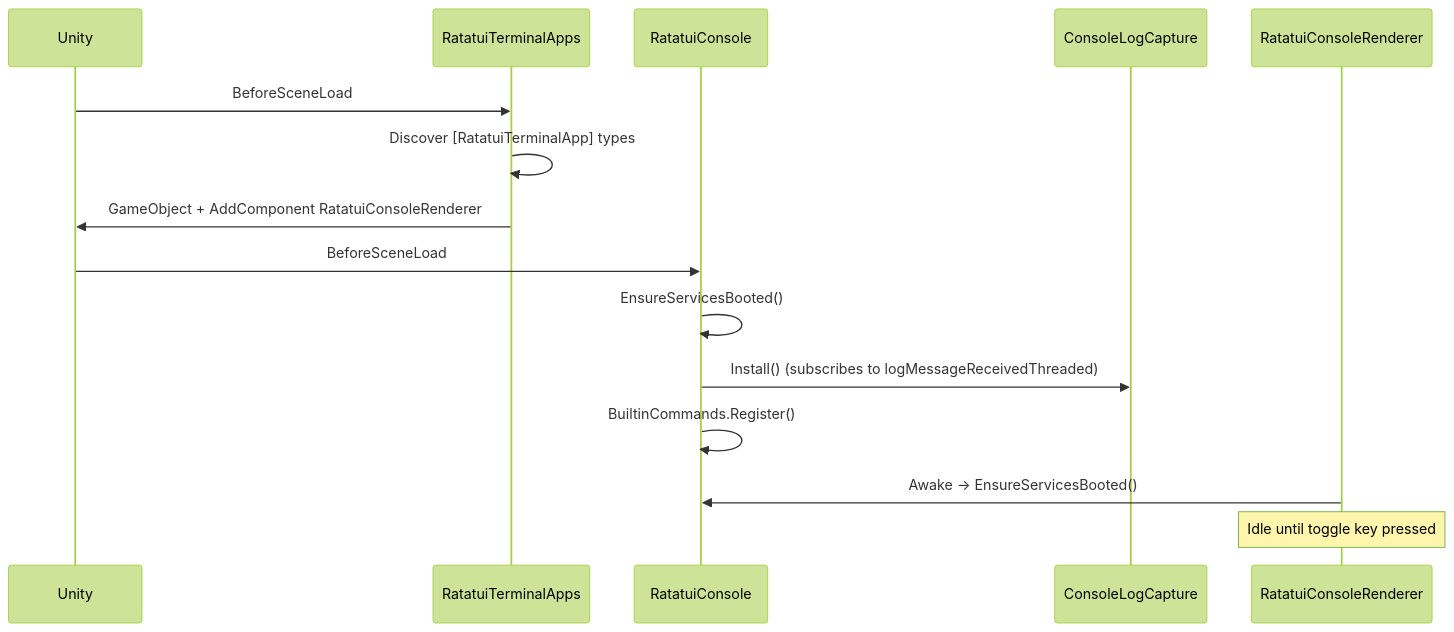
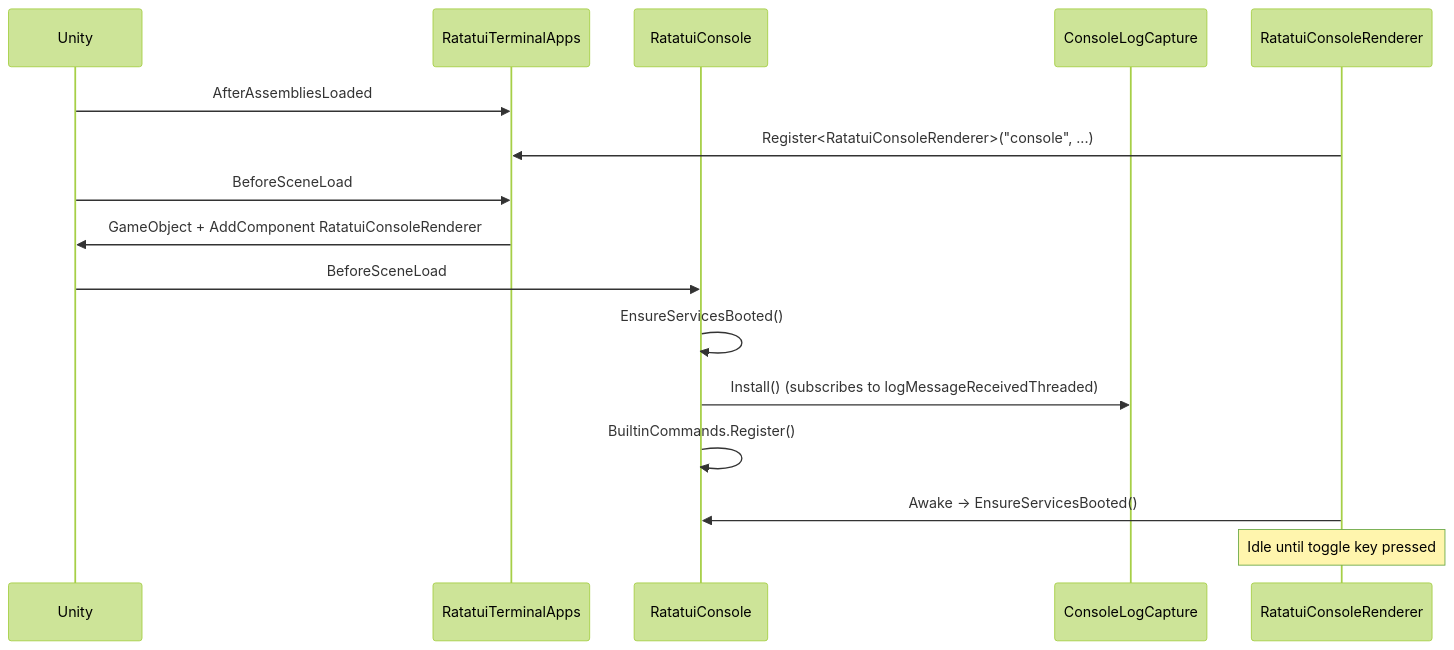
Before and after one commit to farukcan/ratatui-unity: the diagram in docs/articles/samples-console.md, drawn with Mermaid (forest theme). The commit also changed other lines of this file and 7 other files, not shown here.

````diff
--- a/docs/articles/samples-console.md
+++ b/docs/articles/samples-console.md
@@ -19,18 +19,19 @@
 ```mermaid
 sequenceDiagram
     participant U as Unity
     participant TA as RatatuiTerminalApps
     participant RC as RatatuiConsole
     participant LC as ConsoleLogCapture
     participant R as RatatuiConsoleRenderer
 
+    U->>TA: AfterAssembliesLoaded
+    R->>TA: Register<RatatuiConsoleRenderer>("console", ...)
     U->>TA: BeforeSceneLoad
-    TA->>TA: Discover [RatatuiTerminalApp] types
     TA->>U: GameObject + AddComponent RatatuiConsoleRenderer
     U->>RC: BeforeSceneLoad
     RC->>RC: EnsureServicesBooted()
     RC->>LC: Install() (subscribes to logMessageReceivedThreaded)
     RC->>RC: BuiltinCommands.Register()
     R->>RC: Awake → EnsureServicesBooted()
     Note over R: Idle until toggle key pressed
 ```
````
